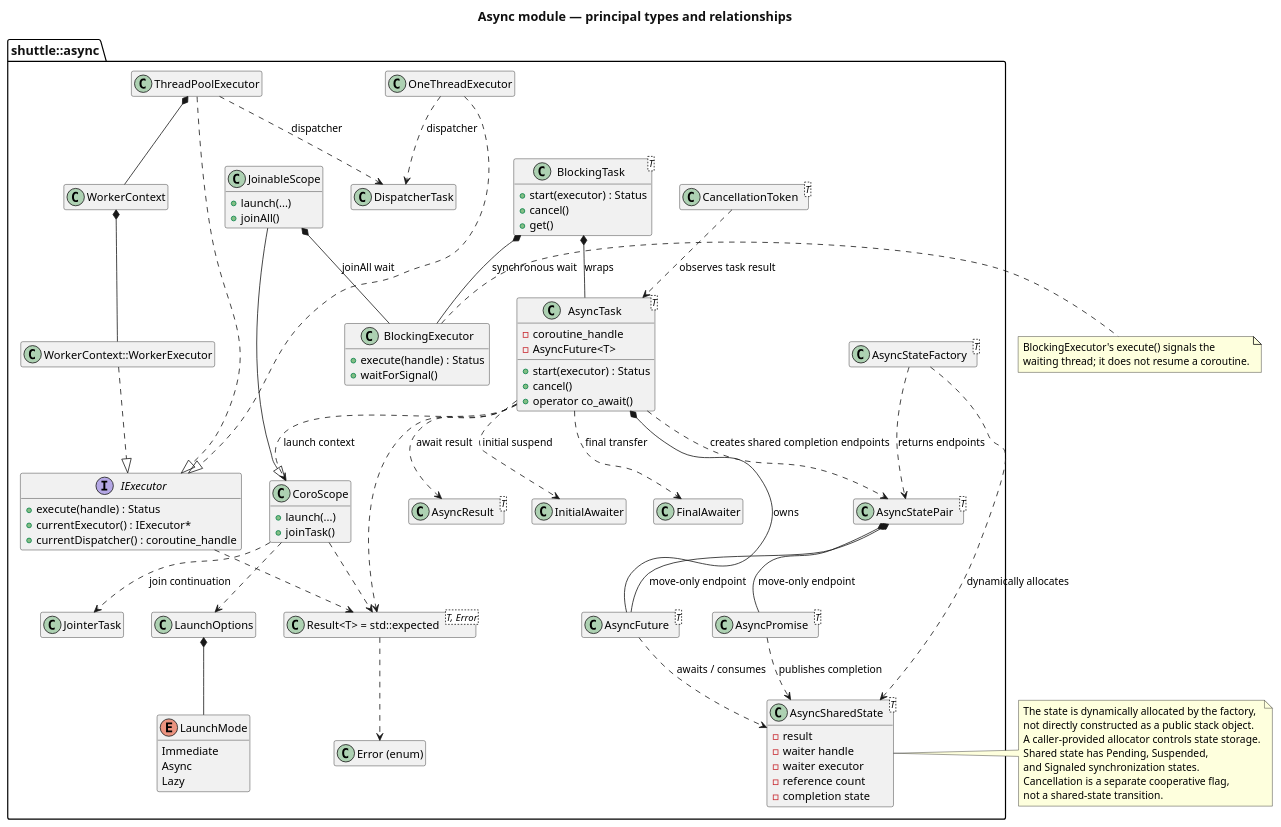
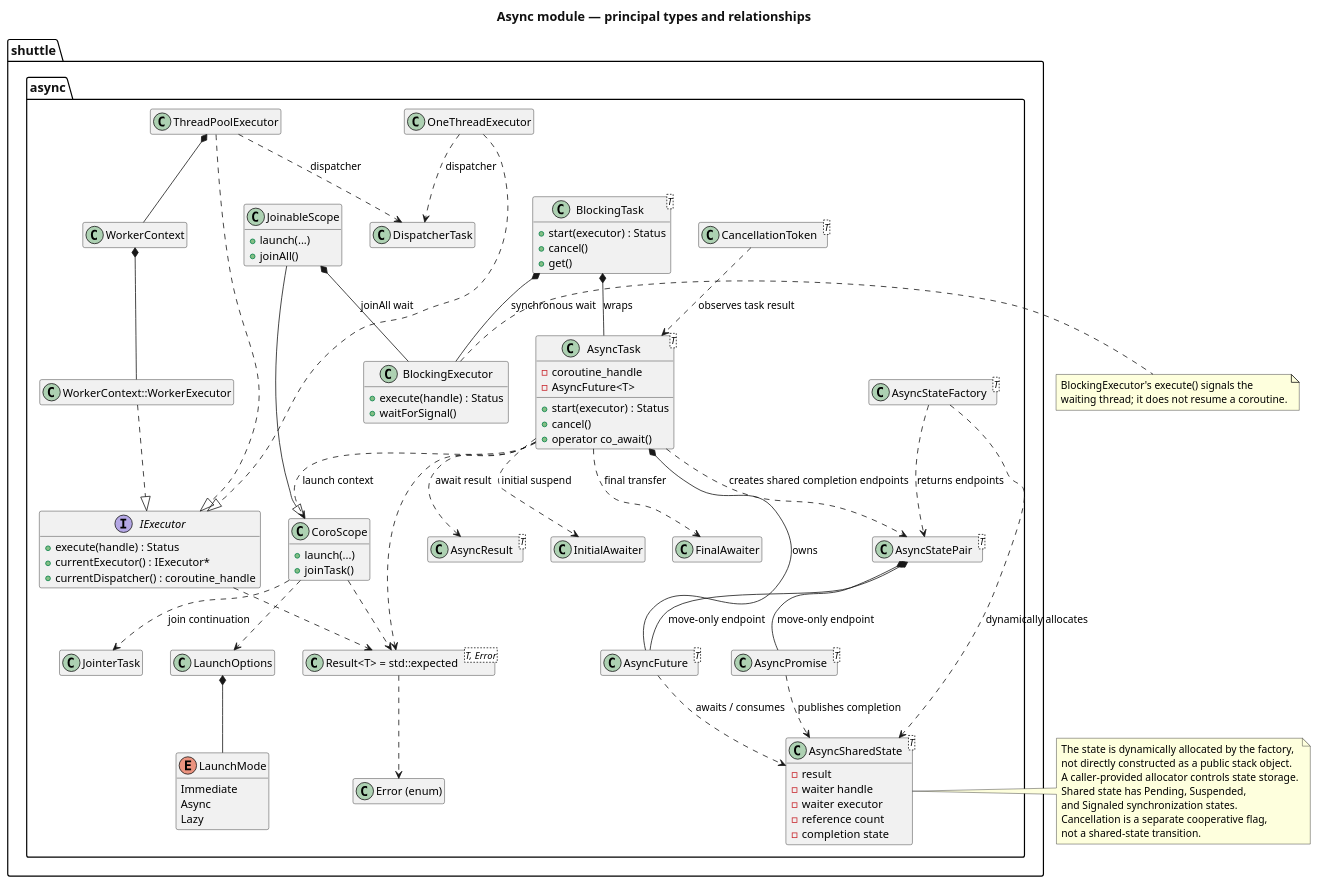
One commit to EuShag/shuttle_async changed the diagram in uml/01_class_model.puml. Above: the diagram before and after it, drawn with PlantUML.

Commit message:
Commit actions

```diff
--- a/uml/01_class_model.puml
+++ b/uml/01_class_model.puml
@@ -1,127 +1,129 @@
 @startuml
 title Async module — principal types and relationships
 <style>
 document {
   BackgroundColor #FFFFFF
 }
 title {
   FontSize 16
   FontColor #111111
 }
 </style>
 hide empty members
 
-package "shuttle::async" {
+package shuttle {
+    package async {
   interface IExecutor {
     +execute(handle) : Status
     +currentExecutor() : IExecutor*
     +currentDispatcher() : coroutine_handle
   }
 
   class ThreadPoolExecutor
   class OneThreadExecutor
   class WorkerContext
   class "WorkerContext::WorkerExecutor" as WorkerExecutor
   class DispatcherTask
 
   class "AsyncTask<T>" as AsyncTask {
     -coroutine_handle
     -AsyncFuture<T>
     +start(executor) : Status
     +cancel()
     +operator co_await()
   }
   class "AsyncSharedState<T>" as SharedState {
     -result
     -waiter handle
     -waiter executor
     -reference count
     -completion state
   }
   class "AsyncFuture<T>" as AsyncFuture
   class "AsyncPromise<T>" as AsyncPromise
   class "AsyncStatePair<T>" as AsyncStatePair
   class "AsyncStateFactory<T>" as AsyncStateFactory
   class "AsyncResult<T>" as AsyncResult
   class "CancellationToken<T>" as CancellationToken
   class "BlockingTask<T>" as BlockingTask {
     +start(executor) : Status
     +cancel()
     +get()
   }
   class BlockingExecutor {
     +execute(handle) : Status
     +waitForSignal()
   }
 
   class CoroScope {
     +launch(...)
     +joinTask()
   }
   class JoinableScope {
     +launch(...)
     +joinAll()
   }
   class JointerTask
   class InitialAwaiter
   class FinalAwaiter
   class "Result<T> = std::expected<T, Error>" as Result
   class "Error (enum)" as Error
   class LaunchOptions
   enum LaunchMode {
     Immediate
     Async
     Lazy
   }
 
   ThreadPoolExecutor ..|> IExecutor
   OneThreadExecutor ..|> IExecutor
   WorkerExecutor ..|> IExecutor
   WorkerContext *-- WorkerExecutor
   ThreadPoolExecutor *-- WorkerContext
   ThreadPoolExecutor ..> DispatcherTask : dispatcher
   OneThreadExecutor ..> DispatcherTask : dispatcher
 
   AsyncTask *-- AsyncFuture : owns
   AsyncTask ..> AsyncStatePair : creates shared completion endpoints
   AsyncStatePair *-- AsyncPromise : move-only endpoint
   AsyncStatePair *-- AsyncFuture : move-only endpoint
   AsyncStateFactory ..> SharedState : dynamically allocates
   AsyncStateFactory ..> AsyncStatePair : returns endpoints
   AsyncPromise ..> SharedState : publishes completion
   AsyncFuture ..> SharedState : awaits / consumes
   AsyncTask ..> InitialAwaiter : initial suspend
   AsyncTask ..> FinalAwaiter : final transfer
   AsyncTask ..> CoroScope : launch context
   AsyncTask ..> AsyncResult : await result
   CancellationToken ..> AsyncTask : observes task result
   BlockingTask *-- AsyncTask : wraps
   BlockingTask *-- BlockingExecutor : synchronous wait
 
   JoinableScope --|> CoroScope
   JoinableScope *-- BlockingExecutor : joinAll wait
   CoroScope ..> JointerTask : join continuation
 
   IExecutor ..> Result
   AsyncTask ..> Result
   CoroScope ..> Result
   Result ..> Error
   CoroScope ..> LaunchOptions
   LaunchOptions *-- LaunchMode
 }
+}
 
 note right of SharedState
   The state is dynamically allocated by the factory,
   not directly constructed as a public stack object.
   A caller-provided allocator controls state storage.
   Shared state has Pending, Suspended,
   and Signaled synchronization states.
   Cancellation is a separate cooperative flag,
   not a shared-state transition.
 end note
 
 note right of BlockingExecutor
   BlockingExecutor's execute() signals the
   waiting thread; it does not resume a coroutine.
 end note
 @enduml
```
